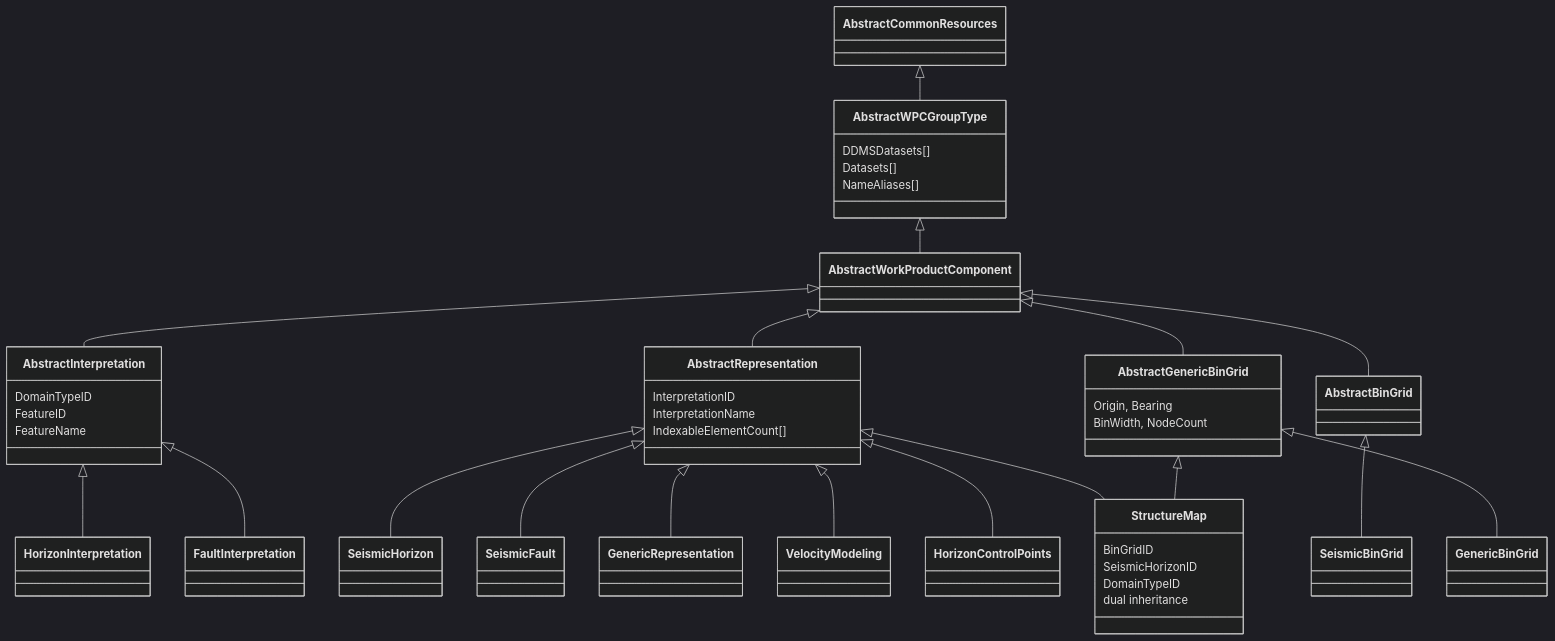
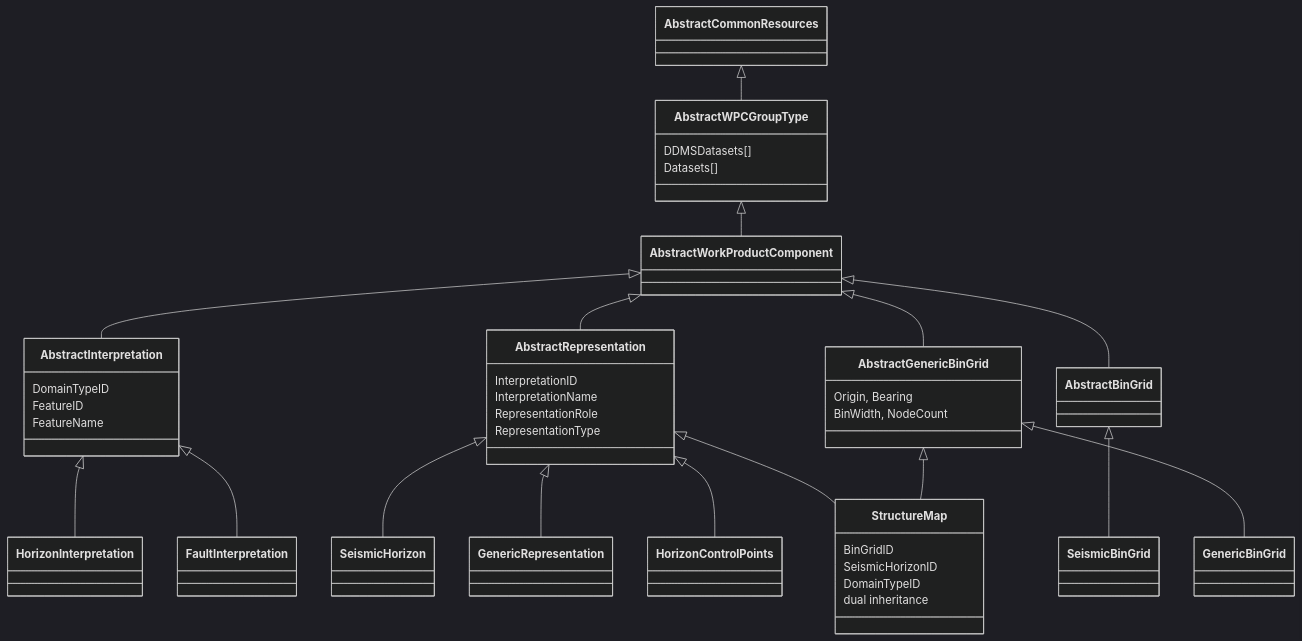
One commit to marcusapel/ores changed the second of 8 diagrams in md/SeisInt.md. Above: the diagram before and after it, drawn with Mermaid (dark theme). The commit also changed other lines of this file and 22 other files, not shown here.

````diff
--- a/md/SeisInt.md
+++ b/md/SeisInt.md
@@ -59,52 +54,50 @@
 ```mermaid
 classDiagram
     direction TB
 
     AbstractCommonResources <|-- AbstractWPCGroupType
     AbstractWPCGroupType <|-- AbstractWorkProductComponent
 
     AbstractWorkProductComponent <|-- AbstractInterpretation
     AbstractInterpretation <|-- HorizonInterpretation
     AbstractInterpretation <|-- FaultInterpretation
 
     AbstractWorkProductComponent <|-- AbstractRepresentation
     AbstractRepresentation <|-- SeismicHorizon
-    AbstractRepresentation <|-- SeismicFault
     AbstractRepresentation <|-- GenericRepresentation
-    AbstractRepresentation <|-- VelocityModeling
     AbstractRepresentation <|-- HorizonControlPoints
     AbstractRepresentation <|-- StructureMap
     AbstractGenericBinGrid <|-- StructureMap
 
     AbstractWorkProductComponent <|-- AbstractBinGrid
     AbstractBinGrid <|-- SeismicBinGrid
 
     AbstractWorkProductComponent <|-- AbstractGenericBinGrid
     AbstractGenericBinGrid <|-- GenericBinGrid
 
     class AbstractWPCGroupType {
         DDMSDatasets[]
         Datasets[]
-        NameAliases[]
     }
     class AbstractInterpretation {
         DomainTypeID
         FeatureID
         FeatureName
     }
     class AbstractRepresentation {
         InterpretationID
         InterpretationName
-        IndexableElementCount[]
+        RepresentationRole
+        RepresentationType
     }
     class AbstractGenericBinGrid {
         Origin, Bearing
         BinWidth, NodeCount
     }
     class StructureMap {
         BinGridID
         SeismicHorizonID
         DomainTypeID
         dual inheritance
     }
 ```
````
